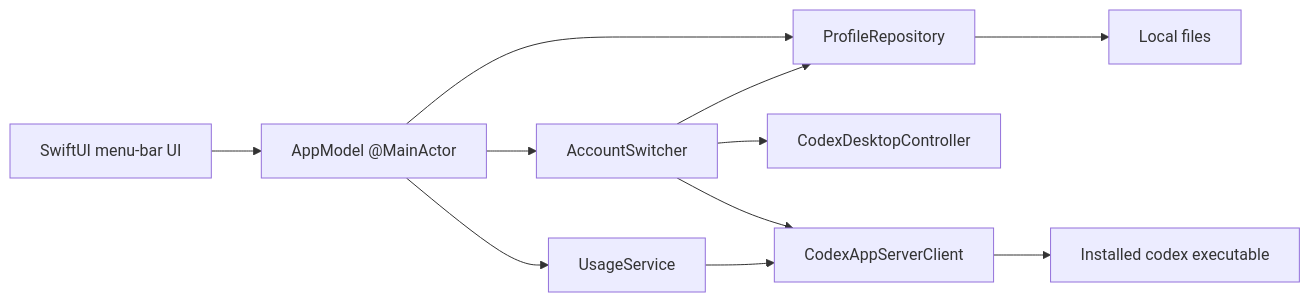
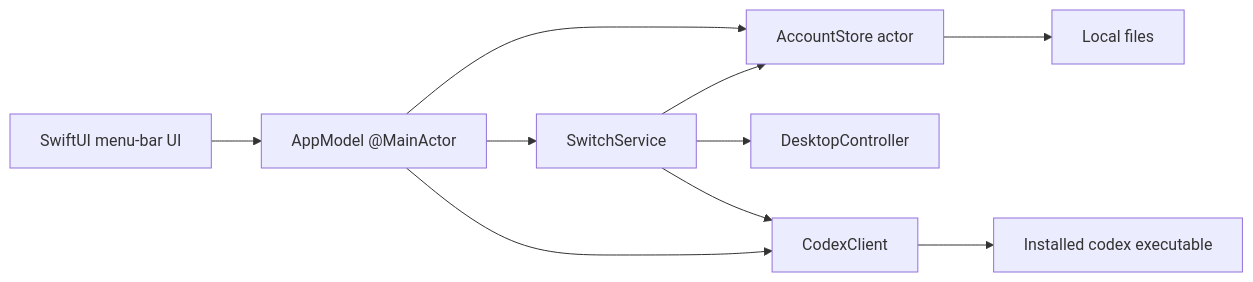
The first of 3 diagrams in docs/system-design.md (liuzhao1225/codex-account-switcher), drawn with Mermaid before and after one commit. The commit also changed other lines of this file and 28 other files, not shown here.

````diff
--- a/docs/system-design.md
+++ b/docs/system-design.md
@@ -66,22 +67,20 @@
 ```mermaid
 flowchart LR
     UI[SwiftUI menu-bar UI]
     VM[AppModel @MainActor]
-    Repo[ProfileRepository]
-    Switch[AccountSwitcher]
-    Usage[UsageService]
-    Codex[CodexAppServerClient]
-    Desktop[CodexDesktopController]
+    Store[AccountStore actor]
+    Switch[SwitchService]
+    Codex[CodexClient]
+    Desktop[DesktopController]
     FS[Local files]
 
     UI --> VM
-    VM --> Repo
+    VM --> Store
     VM --> Switch
-    VM --> Usage
-    Switch --> Repo
+    VM --> Codex
+    Switch --> Store
     Switch --> Desktop
     Switch --> Codex
-    Usage --> Codex
-    Repo --> FS
+    Store --> FS
     Codex --> CLI[Installed codex executable]
 ```
````
